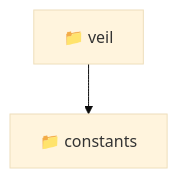
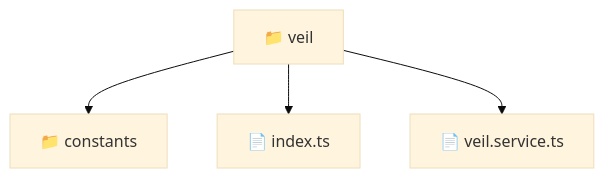
The diagram in frontend/src/entities/veil/README.md (beginwebdev2002/fullstack-mavluda), drawn with Mermaid (base theme) before and after one commit. The commit also changed other lines of this file and 165 other files, not shown here.

First line of the commit message:
docs: generate localized architectural READMEs

````diff
--- a/frontend/src/entities/veil/README.md
+++ b/frontend/src/entities/veil/README.md
@@ -10,5 +11,7 @@
 ```mermaid
 graph TD
-  Root["📁 veil"]
-  Root --> constants["📁 constants"]
+  veil["📁 veil"]
+  veil --> constants["📁 constants"]
+  veil --> index_ts["📄 index.ts"]
+  veil --> veil_service_ts["📄 veil.service.ts"]
 ```
````
